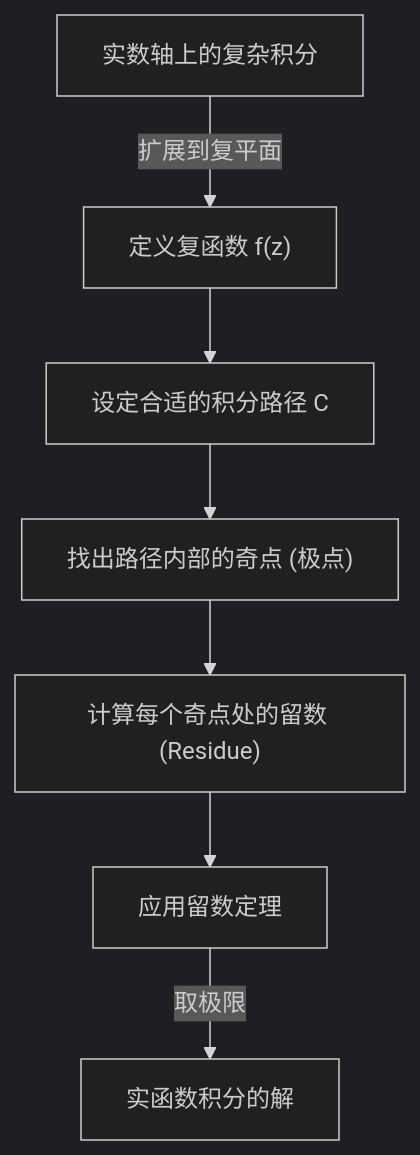
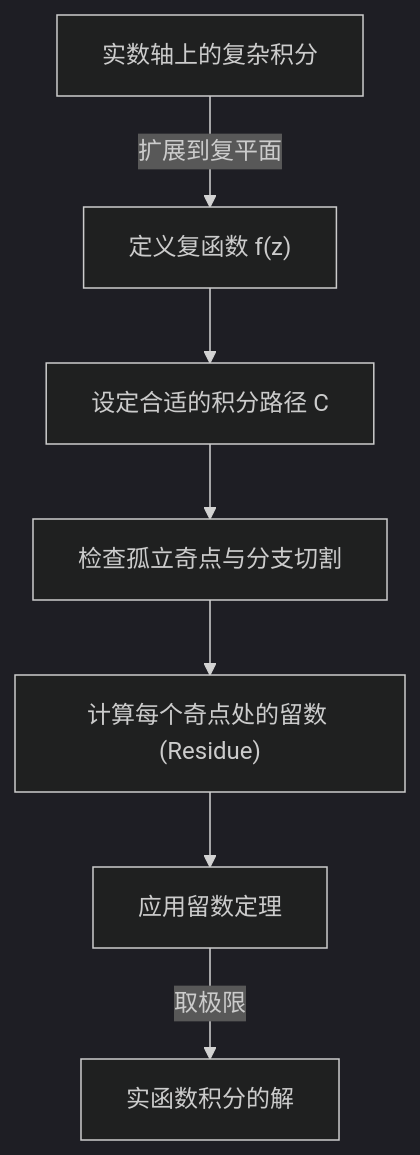
Before and after one commit to kenjinote/blog: the first of 3 diagrams in content/post/residue-theorem/index.zh-cn.md, drawn with Mermaid (dark theme). The commit also changed other lines of this file and 11 other files, not shown here.

````diff
--- a/content/post/residue-theorem/index.zh-cn.md
+++ b/content/post/residue-theorem/index.zh-cn.md
@@ -33,9 +34,9 @@
 ```mermaid
 flowchart TD
     A["实数轴上的复杂积分"] -->|"扩展到复平面"| B["定义复函数 f(z)"]
     B --> C["设定合适的积分路径 C"]
-    C --> D["找出路径内部的奇点 (极点)"]
+    C --> D["检查孤立奇点与分支切割"]
     D --> E["计算每个奇点处的留数 (Residue)"]
     E --> F["应用留数定理"]
     F -->|"取极限"| G["实函数积分的解"]
 ```
````
